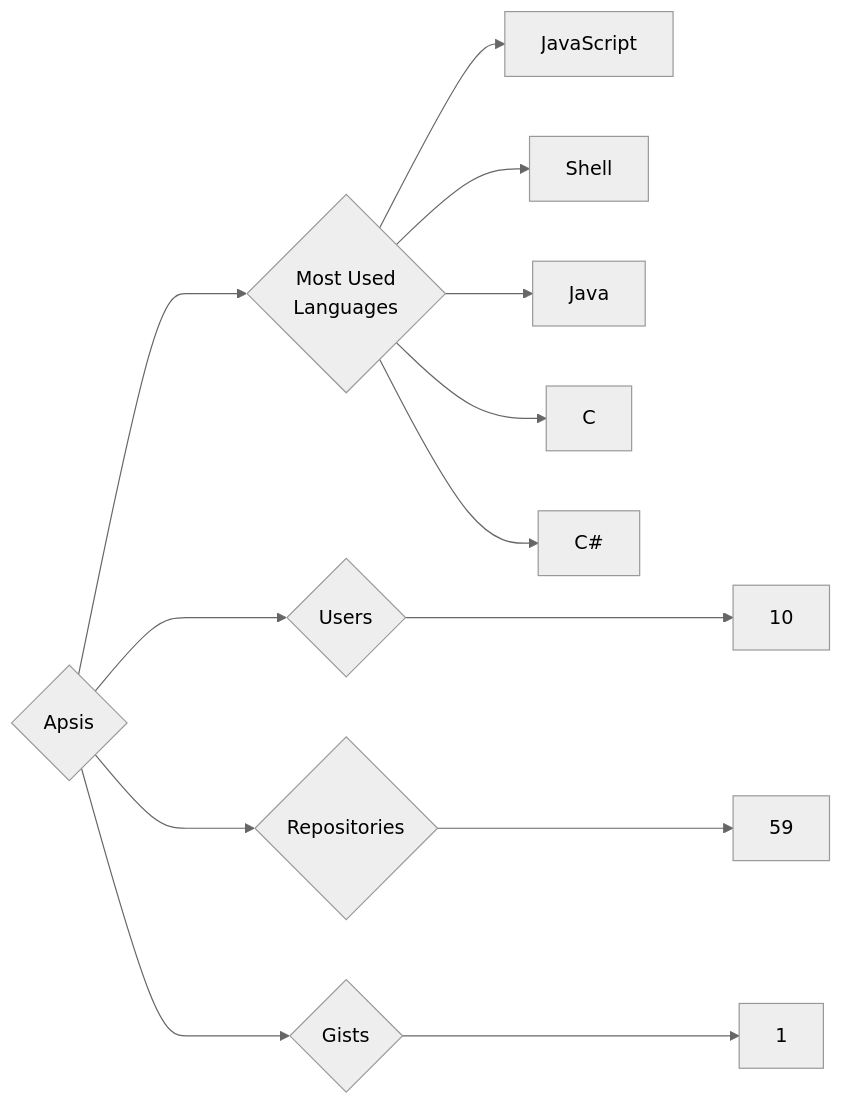
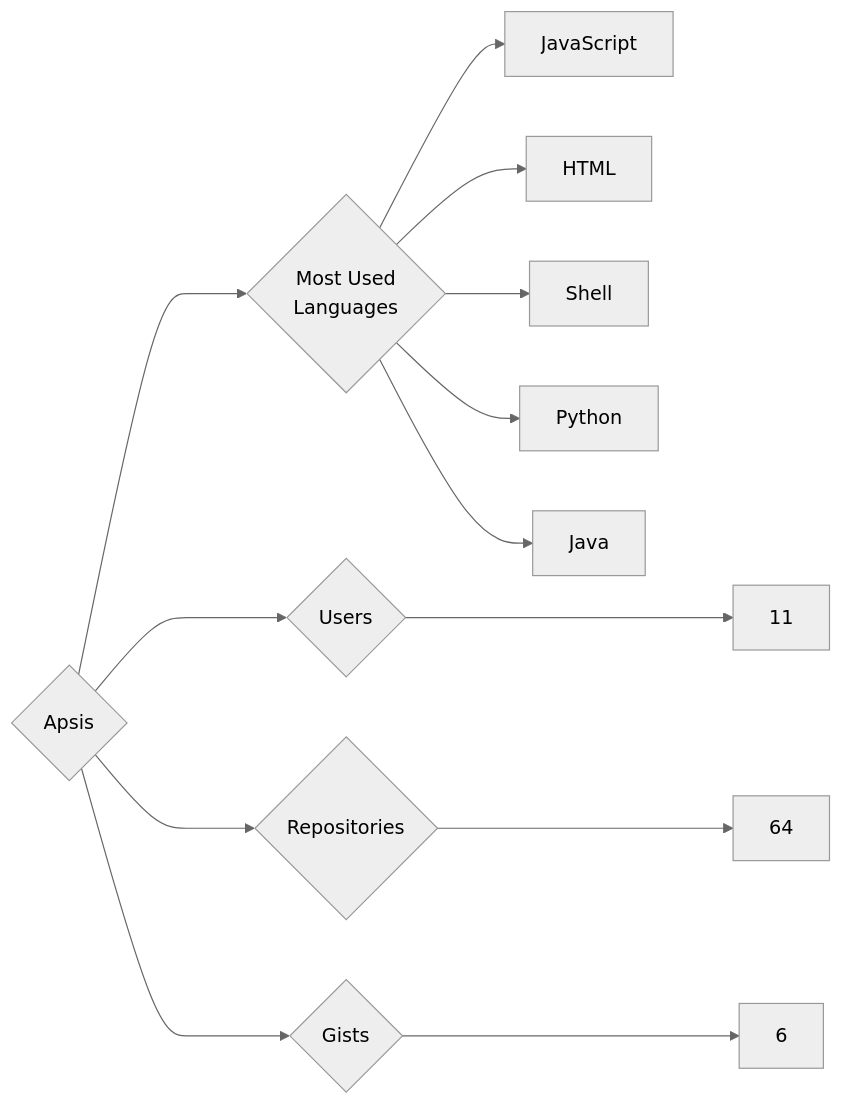
The diagram in targets/Apsis/README.md (trickest/insiders), drawn with Mermaid (neutral theme) before and after one commit. The commit also changed 860 other files, not shown here.

````diff
--- a/targets/Apsis/README.md
+++ b/targets/Apsis/README.md
@@ -3,13 +3,13 @@
 ```mermaid
 graph LR
 COMPANY_NAME{Apsis}
-COMPANY_NAME ---> U{Users} ---> UN[10]
-COMPANY_NAME ---> R{Repositories} ---> RN[59]
-COMPANY_NAME ---> G{Gists} ---> GN[1]
+COMPANY_NAME ---> U{Users} ---> UN[11]
+COMPANY_NAME ---> R{Repositories} ---> RN[64]
+COMPANY_NAME ---> G{Gists} ---> GN[6]
 COMPANY_NAME ---> ML{Most Used<br>Languages}
 ML --> JavaScript[JavaScript]
+ML --> HTML[HTML]
 ML --> Shell[Shell]
+ML --> Python[Python]
 ML --> Java[Java]
-ML --> C[C]
-ML --> C#[C#]
 ```
````
